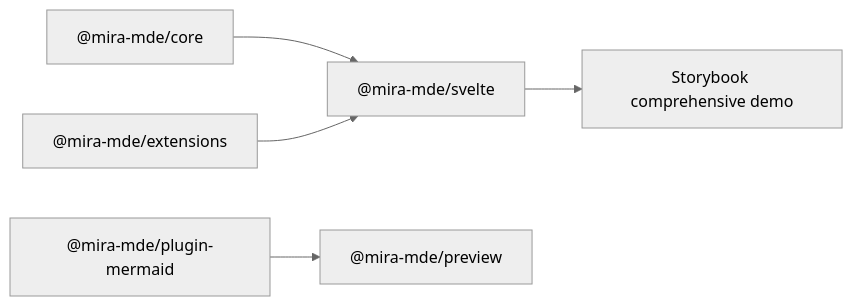
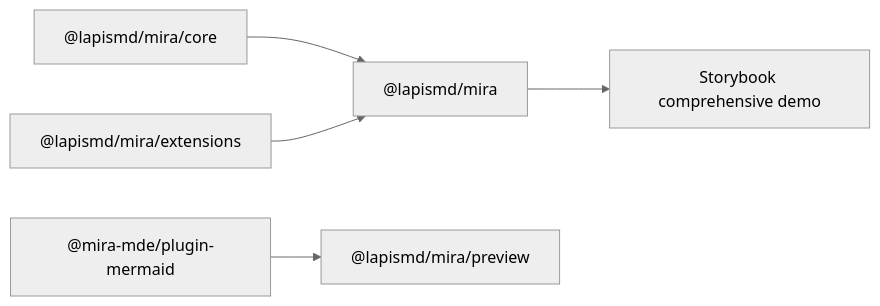
The first of 2 diagrams in stories/demo/comprehensive-demo.md (lapismd/mira-mde), drawn with Mermaid (neutral theme) before and after one commit. The commit also changed other lines of this file and 431 other files, not shown here.

````diff
--- a/stories/demo/comprehensive-demo.md
+++ b/stories/demo/comprehensive-demo.md
@@ -170,7 +170,7 @@
 ```mermaid
 flowchart LR
-  Core["@mira-mde/core"] --> Svelte["@mira-mde/svelte"]
-  Extensions["@mira-mde/extensions"] --> Svelte
-  Mermaid["@mira-mde/plugin-mermaid"] --> Preview["@mira-mde/preview"]
+  Core["@lapismd/mira/core"] --> Svelte["@lapismd/mira"]
+  Extensions["@lapismd/mira/extensions"] --> Svelte
+  Mermaid["@mira-mde/plugin-mermaid"] --> Preview["@lapismd/mira/preview"]
   Svelte --> Storybook["Storybook comprehensive demo"]
 ```
````
